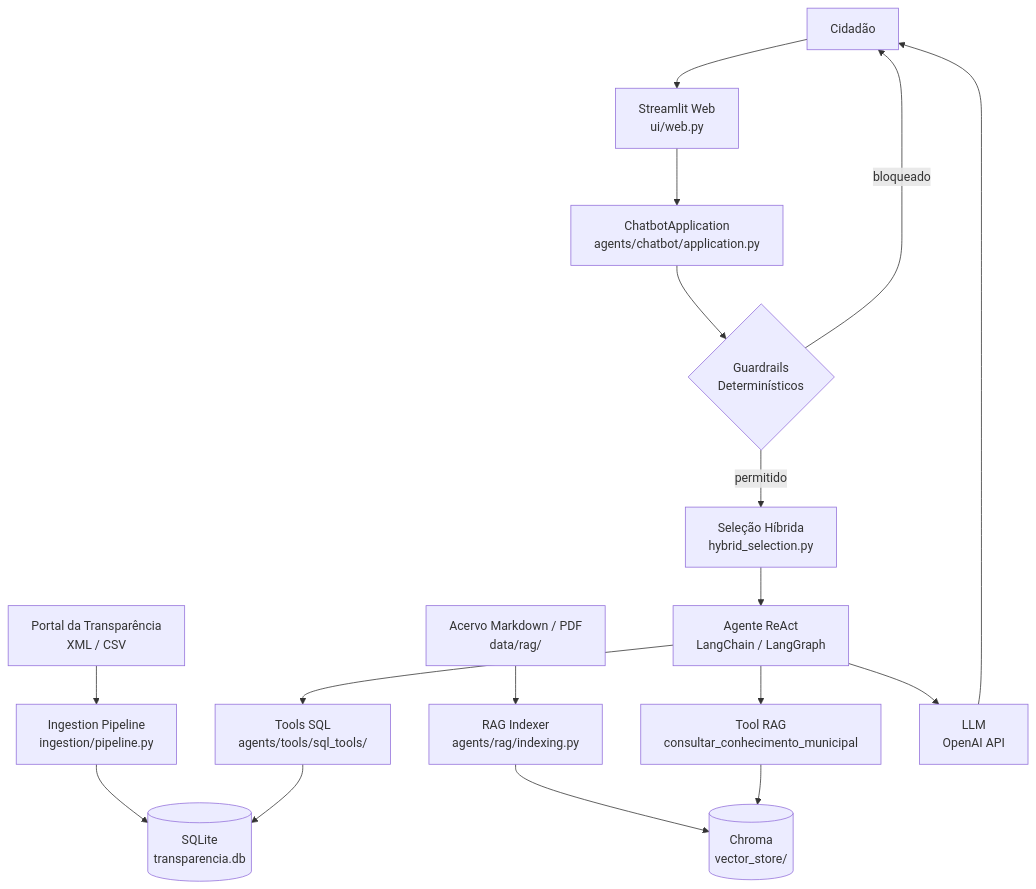
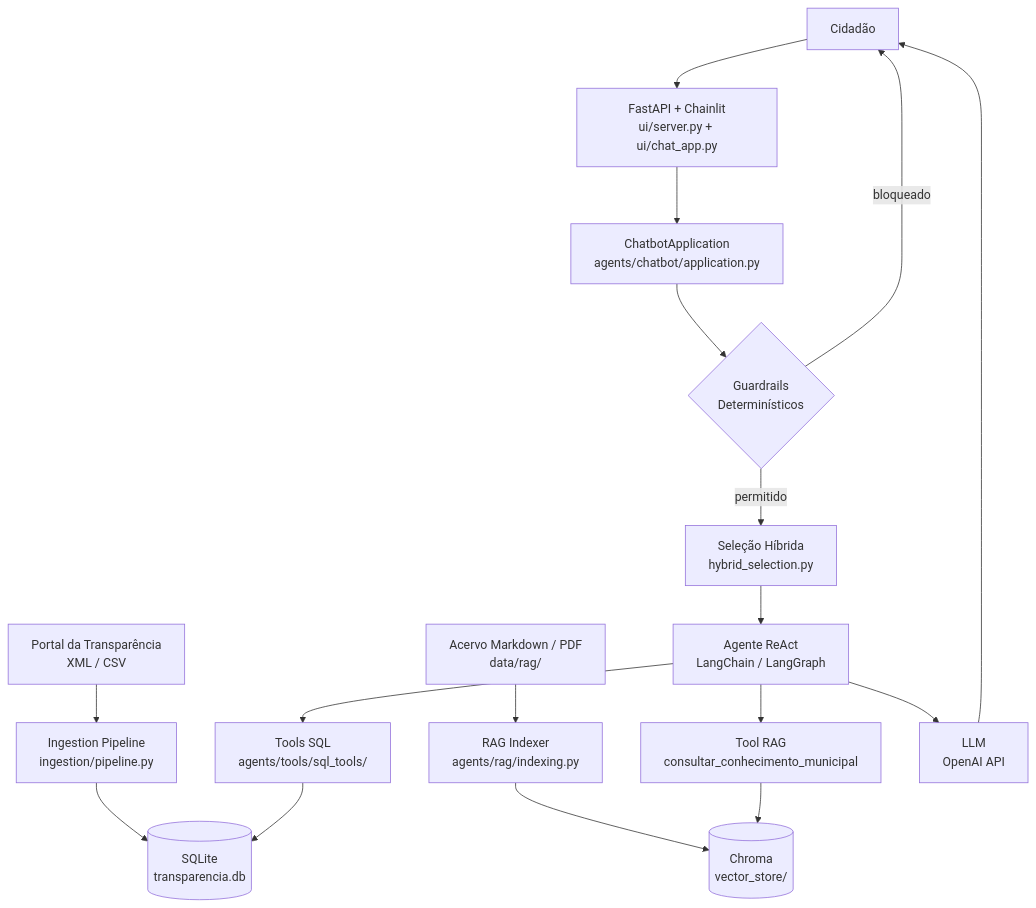
One commit to thenriquedb/arcos-transparente changed the first of 4 diagrams in docs/architecture.md. Above: the diagram before and after it, drawn with Mermaid. The commit also changed other lines of this file and 52 other files, not shown here.

````diff
--- a/docs/architecture.md
+++ b/docs/architecture.md
@@ -13,19 +13,19 @@
 ```mermaid
 flowchart TD
     A[Portal da Transparência\nXML / CSV] --> B[Ingestion Pipeline\ningestion/pipeline.py]
     B --> C[(SQLite\ntransparencia.db)]
     D[Acervo Markdown / PDF\ndata/rag/] --> E[RAG Indexer\nagents/rag/indexing.py]
     E --> F[(Chroma\nvector_store/)]
-    G[Cidadão] --> H[Streamlit Web\nui/web.py]
+    G[Cidadão] --> H[FastAPI + Chainlit\nui/server.py + ui/chat_app.py]
     H --> I[ChatbotApplication\nagents/chatbot/application.py]
     I --> J{Guardrails\nDeterminísticos}
     J -- bloqueado --> G
     J -- permitido --> K[Seleção Híbrida\nhybrid_selection.py]
     K --> L[Agente ReAct\nLangChain / LangGraph]
     L --> M[Tools SQL\nagents/tools/sql_tools/]
     L --> N[Tool RAG\nconsultar_conhecimento_municipal]
     M --> C
     N --> F
     L --> O[LLM\nOpenAI API]
     O --> G
 ```
````
